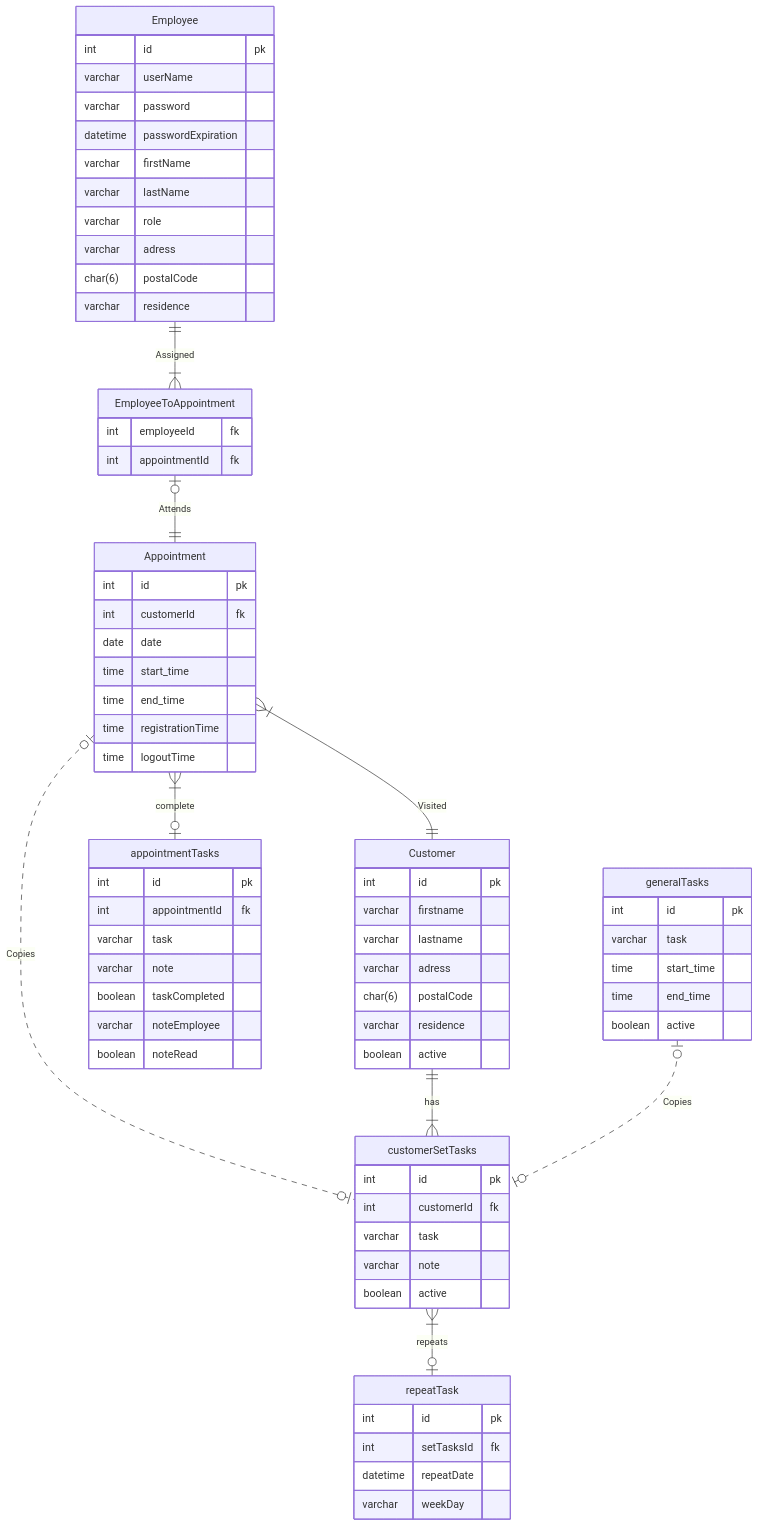
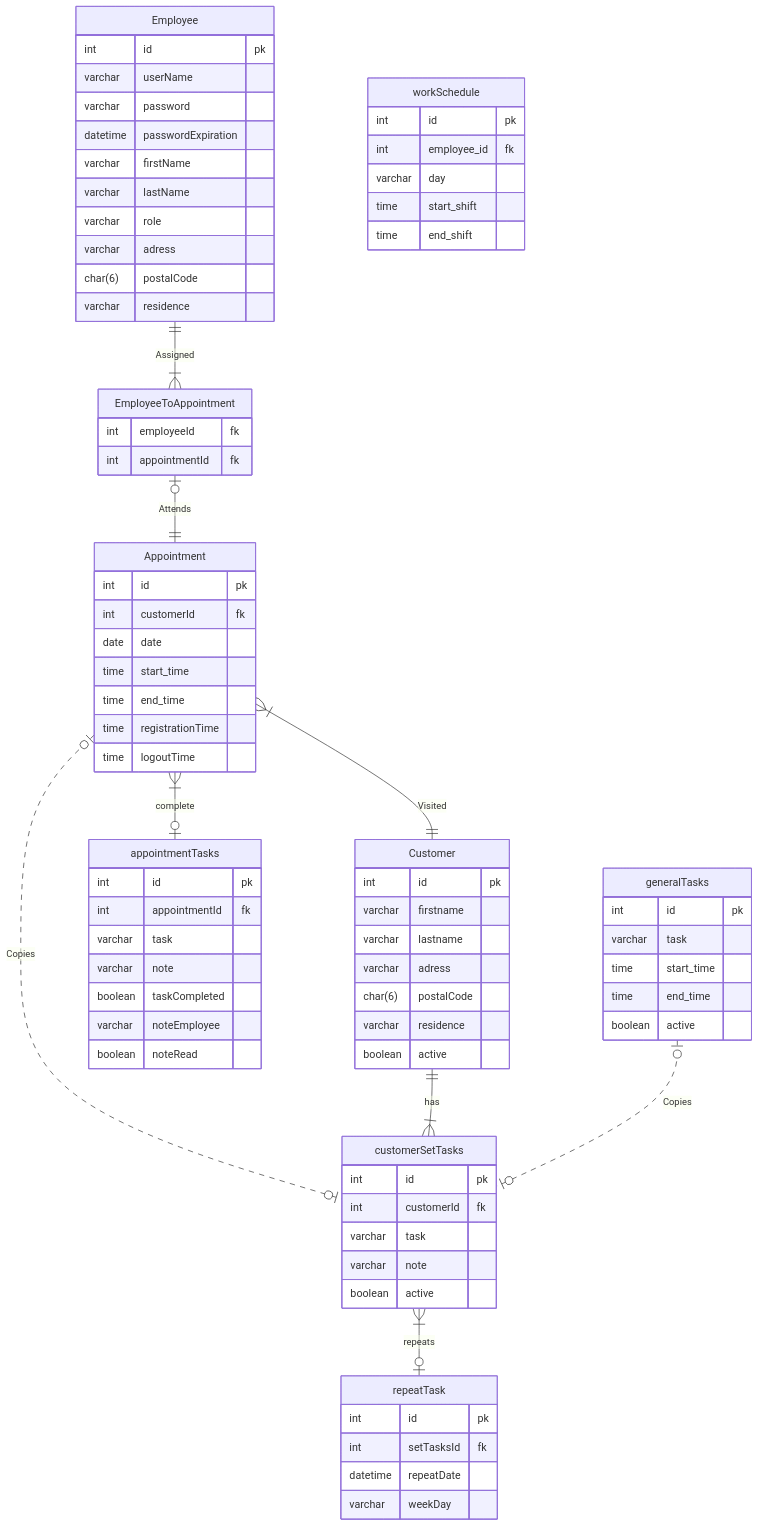
One commit to Educom-Trainees/educom-zorgApp changed the diagram in documentation/ERD.md. Above: the diagram before and after it, drawn with Mermaid.

```diff
--- a/documentation/ERD.md
+++ b/documentation/ERD.md
@@ -12,6 +12,14 @@
   varchar adress
   char(6) postalCode
   varchar residence
+  }
+
+  workSchedule{
+  int id pk
+  int employee_id fk
+  varchar day
+  time start_shift
+  time end_shift
   }
 
   EmployeeToAppointment o|--|| Appointment : Attends
```
